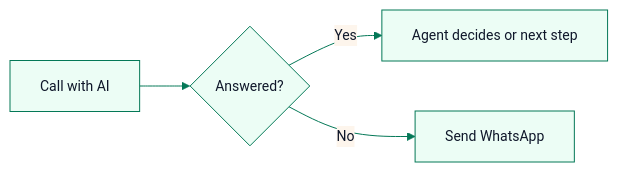
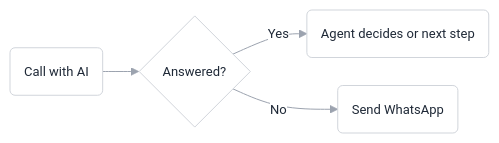
One commit to BharathVasireddy/marro-docs changed the diagram in guides/automations.mdx. Above: the diagram before and after it, drawn with Mermaid. The commit also changed other lines of this file and 95 other files, not shown here.

First line of the commit message:
One guide per settings screen, in the Settings menu's order, with diagrams only where they are needed

````diff
--- a/guides/automations.mdx
+++ b/guides/automations.mdx
@@ -116,7 +111,7 @@
 ```mermaid
-%%{init: {'theme':'base','themeVariables':{'primaryColor':'#ecfdf5','primaryBorderColor':'#047857','primaryTextColor':'#0f172a','lineColor':'#047857','fontSize':'14px'}}}%%
+%%{init: {'theme':'base','flowchart':{'curve':'basis','padding':14,'nodeSpacing':28,'rankSpacing':36},'themeVariables':{'primaryColor':'#ffffff','primaryBorderColor':'#d1d5db','primaryTextColor':'#1f2937','lineColor':'#9ca3af','fontFamily':'Inter, ui-sans-serif, sans-serif','fontSize':'13px','edgeLabelBackground':'#ffffff'}}}%%
 flowchart LR
-  A[Call with AI] --> B{Answered?}
-  B -->|Yes| C[Agent decides or next step]
-  B -->|No| D[Send WhatsApp]
+  A(Call with AI) --> B{Answered?}
+  B -->|Yes| C(Agent decides or next step)
+  B -->|No| D(Send WhatsApp)
 ```
````
